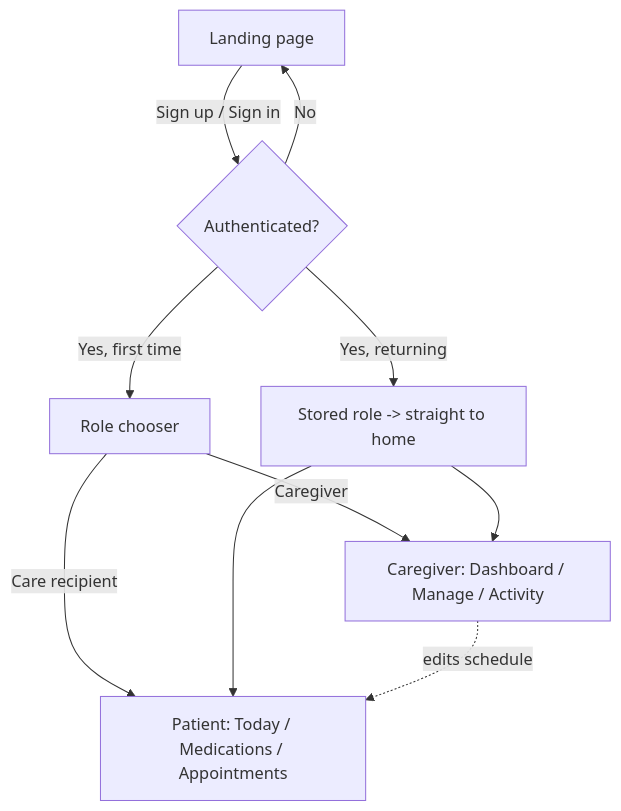
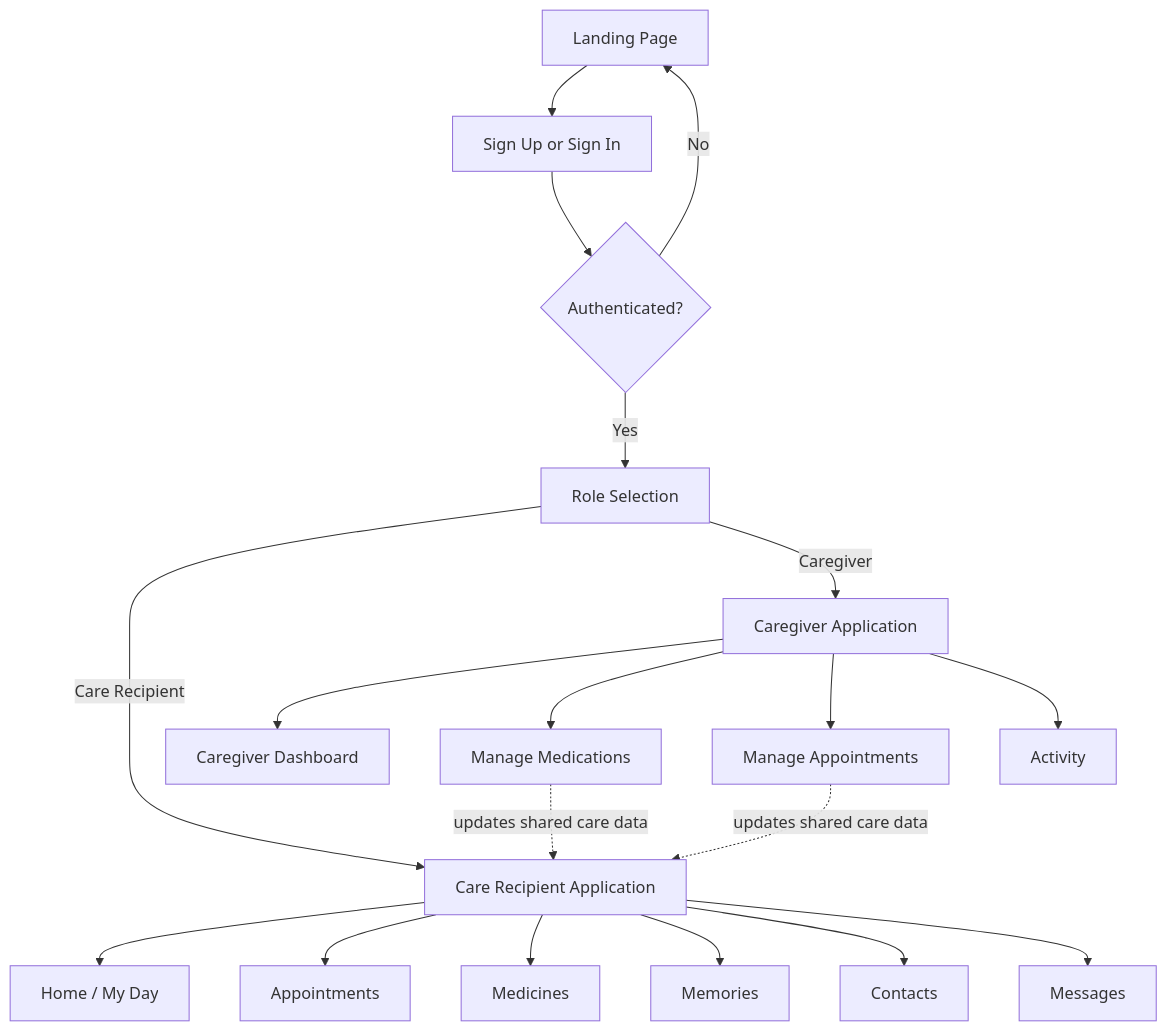
The diagram in careconnect-web/README.md (avarupter/swen661-devintel), drawn with Mermaid before and after one commit. The commit also changed other lines of this file, not shown here.

Commit message:
Finalize CareConnect Web README and verification documentation

````diff
--- a/careconnect-web/README.md
+++ b/careconnect-web/README.md
@@ -149,12 +283,24 @@
 ```mermaid
 flowchart TD
-    A[Landing page] -->|Sign up / Sign in| B{Authenticated?}
-    B -->|No| A
-    B -->|Yes, first time| C[Role chooser]
-    C -->|Care recipient| D[Patient: Today / Medications / Appointments]
-    C -->|Caregiver| E[Caregiver: Dashboard / Manage / Activity]
-    B -->|Yes, returning| F[Stored role -> straight to home]
-    F --> D
-    F --> E
-    E -. edits schedule .-> D
+    A[Landing Page] --> B[Sign Up or Sign In]
+    B --> C{Authenticated?}
+    C -->|No| A
+    C -->|Yes| D[Role Selection]
+    D -->|Care Recipient| E[Care Recipient Application]
+    D -->|Caregiver| F[Caregiver Application]
+
+    E --> G[Home / My Day]
+    E --> H[Appointments]
+    E --> I[Medicines]
+    E --> J[Memories]
+    E --> K[Contacts]
+    E --> L[Messages]
+
+    F --> M[Caregiver Dashboard]
+    F --> N[Manage Medications]
+    F --> O[Manage Appointments]
+    F --> P[Activity]
+
+    N -. updates shared care data .-> E
+    O -. updates shared care data .-> E
 ```
````
